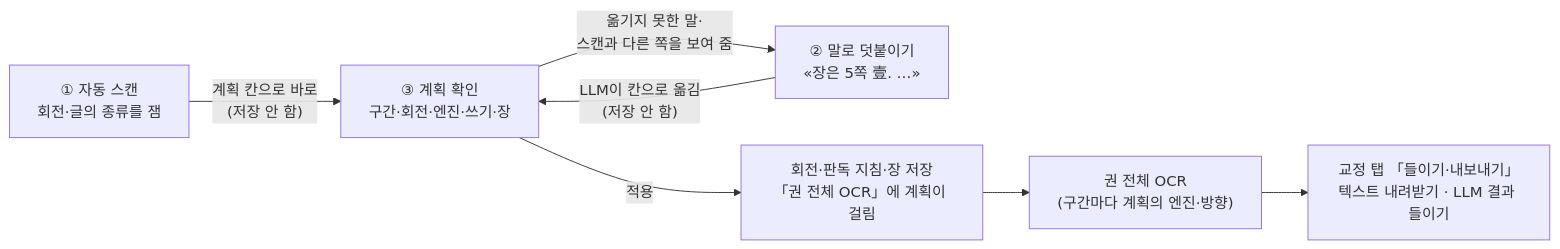
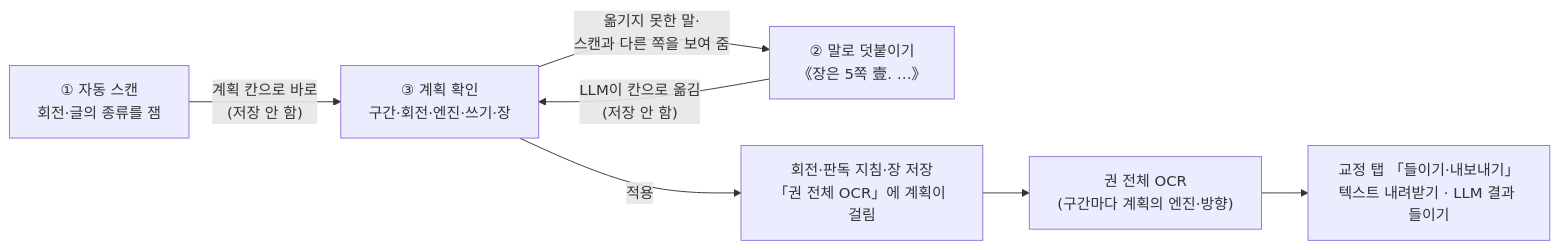
The third of 3 diagrams in docs/user-guide.md (hw725/classical-text-browser), drawn with Mermaid before and after one commit. The commit also changed other lines of this file and 247 other files, not shown here.

````diff
--- a/docs/user-guide.md
+++ b/docs/user-guide.md
@@ -573,9 +573,9 @@
 ```mermaid
 flowchart LR
     S["① 자동 스캔<br/>회전·글의 종류를 잼"] -->|"계획 칸으로 바로<br/>(저장 안 함)"| B["③ 계획 확인<br/>구간·회전·엔진·쓰기·장"]
-    A["② 말로 덧붙이기<br/>«장은 5쪽 壹. …»"] -->|"LLM이 칸으로 옮김<br/>(저장 안 함)"| B
+    A["② 말로 덧붙이기<br/>《장은 5쪽 壹. …》"] -->|"LLM이 칸으로 옮김<br/>(저장 안 함)"| B
     B -->|"옮기지 못한 말·<br/>스캔과 다른 쪽을 보여 줌"| A
     B -->|"적용"| C["회전·판독 지침·장 저장<br/>「권 전체 OCR」에 계획이 걸림"]
     C --> D["권 전체 OCR<br/>(구간마다 계획의 엔진·방향)"]
     D --> G["교정 탭 「들이기·내보내기」<br/>텍스트 내려받기 · LLM 결과 들이기"]
 ```
````
